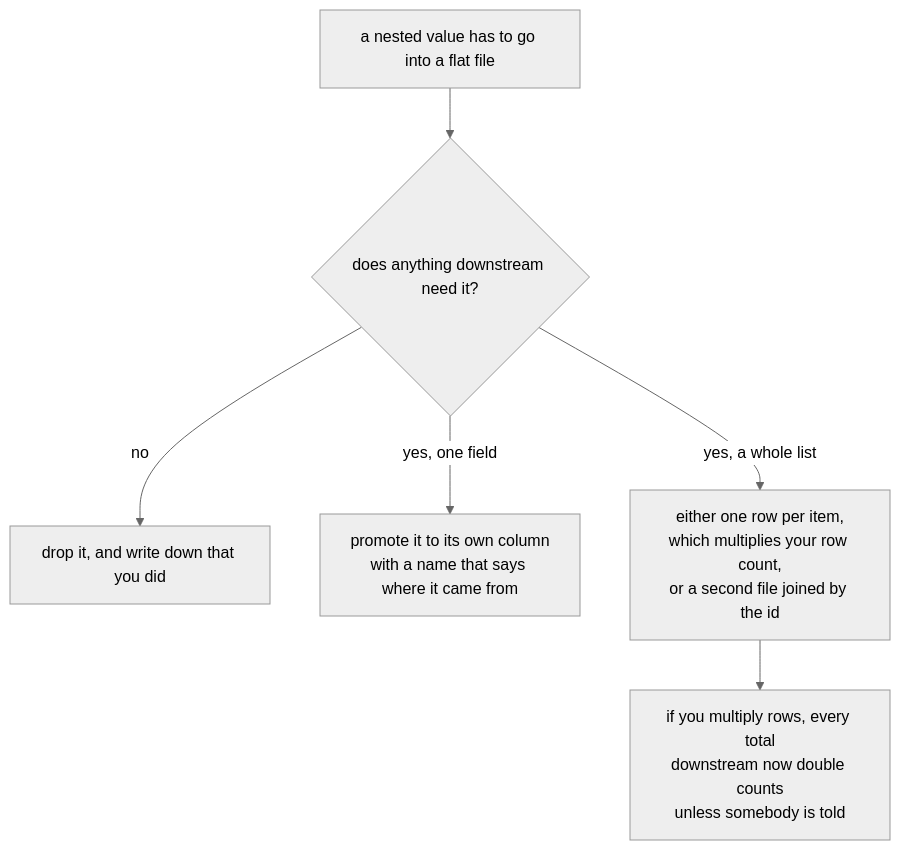
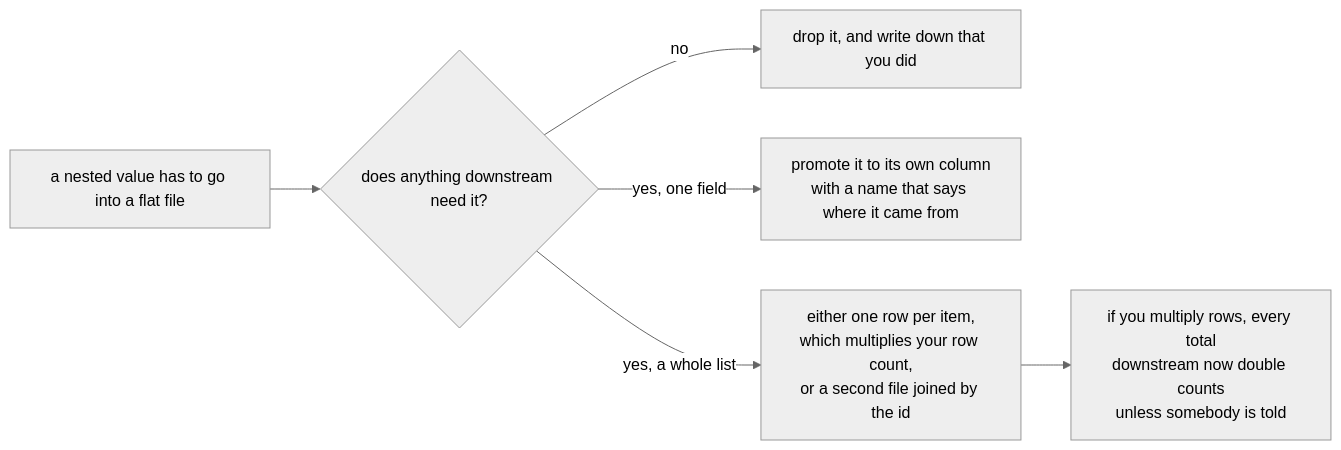
One commit to fde-academy-lab/c2-content-factory changed the ninth of 17 diagrams in content/W01/D2/slides/C2_W01_D02_half2_STUDENT.md. Above: the diagram before and after it, drawn with Mermaid (neutral theme). The commit also changed 40 other files, not shown here.

````diff
--- a/content/W01/D2/slides/C2_W01_D02_half2_STUDENT.md
+++ b/content/W01/D2/slides/C2_W01_D02_half2_STUDENT.md
@@ -508,8 +508,8 @@
 ```mermaid
-flowchart TB
+flowchart LR
     A["a nested value has to go into a flat file"] --> B{"does anything downstream need it?"}
     B -->|"no"| C["drop it, and write down that you did"]
     B -->|"yes, one field"| D["promote it to its own column<br/>with a name that says where it came from"]
     B -->|"yes, a whole list"| E["either one row per item,<br/>which multiplies your row count,<br/>or a second file joined by the id"]
     E --> F["if you multiply rows, every total<br/>downstream now double counts<br/>unless somebody is told"]
 ```
````
